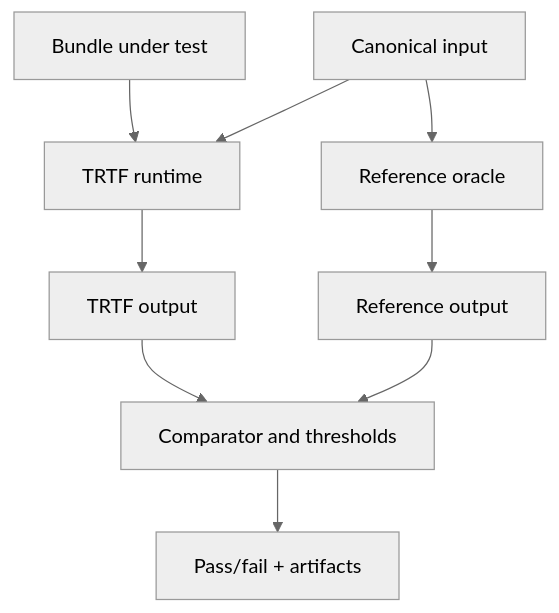
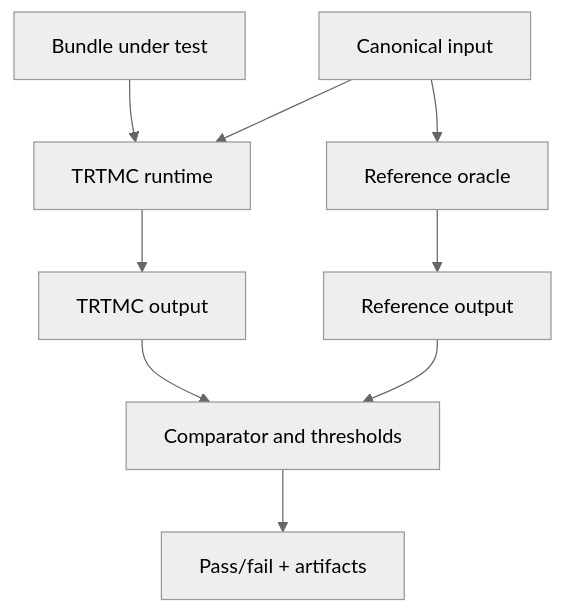
The first of 2 diagrams in website/docs/tutorials/advanced/validation-and-benchmarking.md (NVIDIA/TensorRT-Model-Connect), drawn with Mermaid (neutral theme) before and after one commit. The commit also changed other lines of this file and 32 other files, not shown here.

````diff
--- a/website/docs/tutorials/advanced/validation-and-benchmarking.md
+++ b/website/docs/tutorials/advanced/validation-and-benchmarking.md
@@ -7,11 +7,11 @@
 ```mermaid
 flowchart TB
-  Bundle["Bundle under test"] --> Runtime["TRTF runtime"]
+  Bundle["Bundle under test"] --> Runtime["TRTMC runtime"]
   Input["Canonical input"] --> Runtime
   Input --> Oracle["Reference oracle"]
-  Runtime --> Output["TRTF output"]
+  Runtime --> Output["TRTMC output"]
   Oracle --> Reference["Reference output"]
   Output --> Compare["Comparator and thresholds"]
   Reference --> Compare
   Compare --> Report["Pass/fail + artifacts"]
 ```
````
